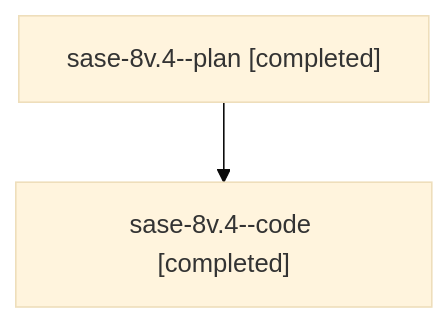
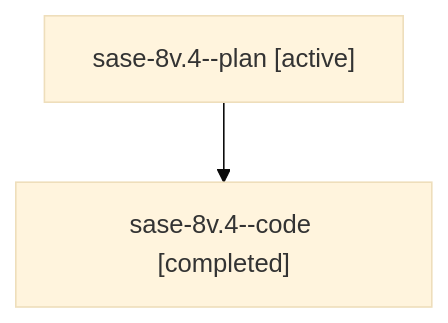
The diagram in families/bbugyi200.athena.sase-8v.4.md (sase-org/sase--agents), drawn with Mermaid (base theme) before and after one commit. The commit also changed other lines of this file and 8679 other files, not shown here.

````diff
--- a/families/bbugyi200.athena.sase-8v.4.md
+++ b/families/bbugyi200.athena.sase-8v.4.md
@@ -9,6 +9,6 @@
 ```mermaid
 flowchart TD
-  n0["sase-8v.4--plan [completed]"]
+  n0["sase-8v.4--plan [active]"]
   n1["sase-8v.4--code [completed]"]
   n0 --> n1
 ```
````
